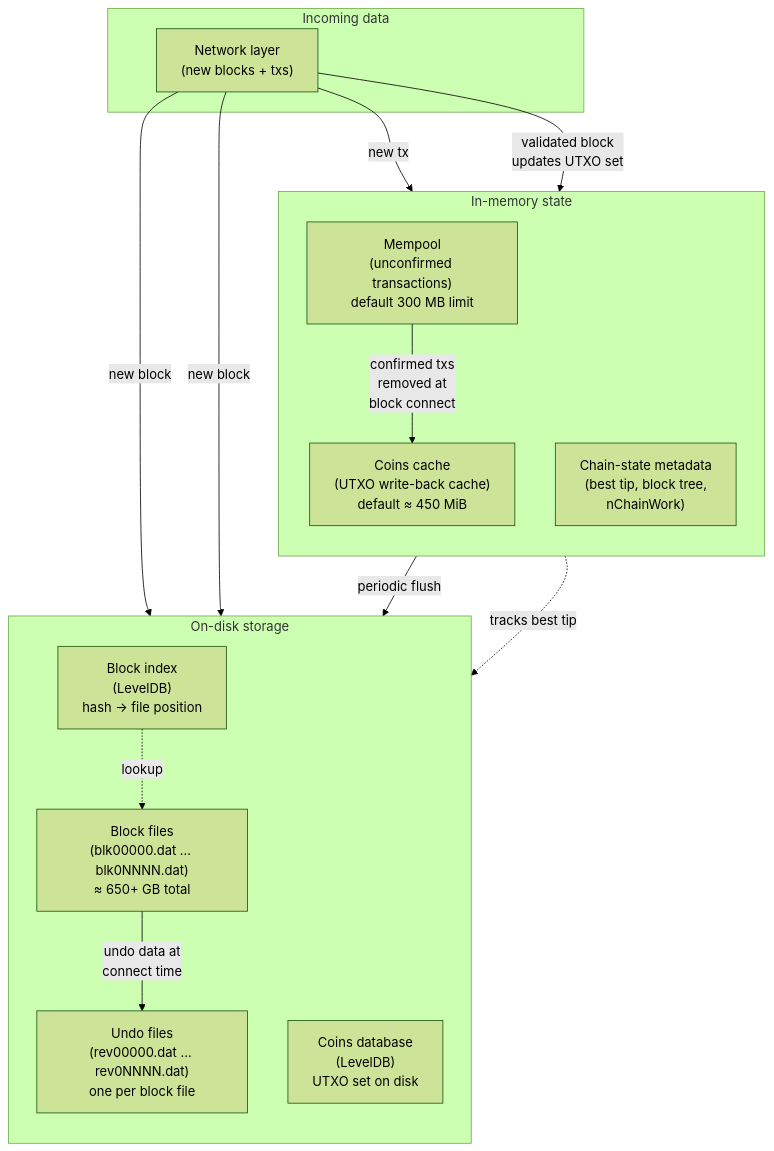
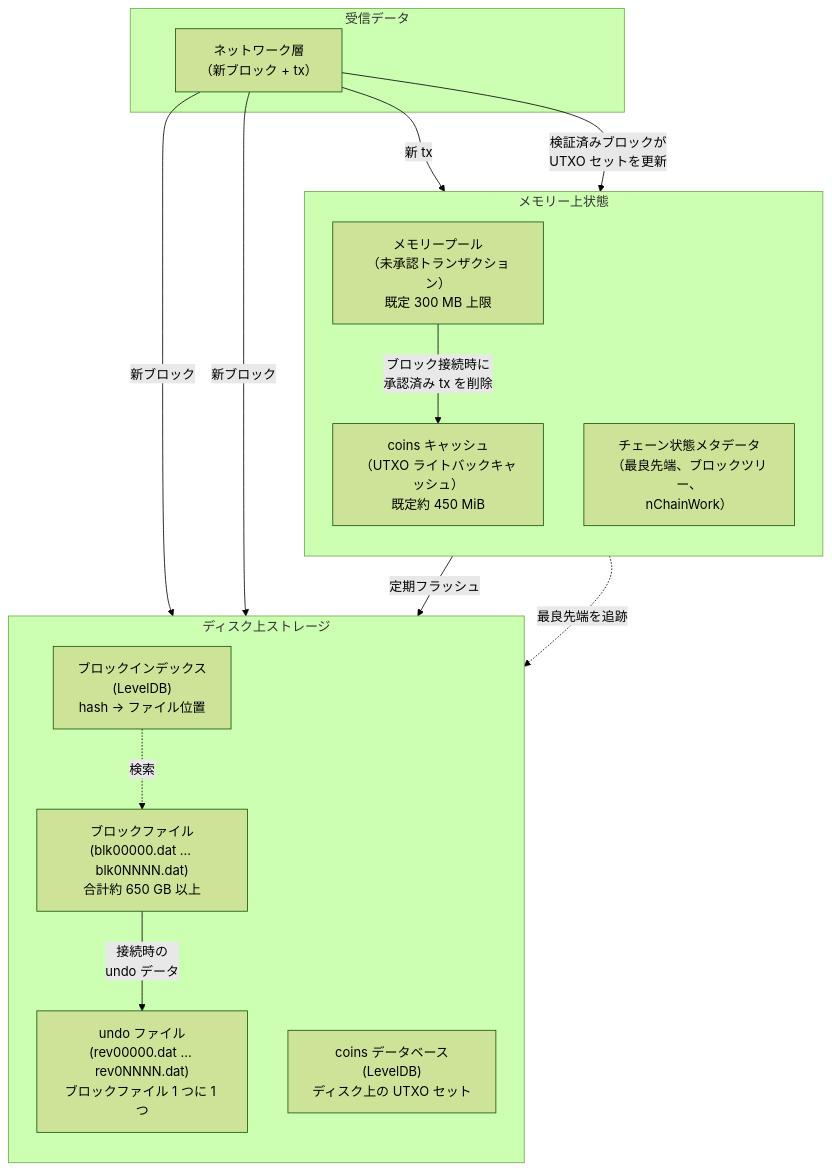
The first of 7 diagrams in src/data/translations/ja/design/2009-01-03-bitcoin-storage-design.md (cypher256/BitcoinArchive), drawn with Mermaid (forest theme) before and after one commit. The commit also changed other lines of this file and 11 other files, not shown here.

````diff
--- a/src/data/translations/ja/design/2009-01-03-bitcoin-storage-design.md
+++ b/src/data/translations/ja/design/2009-01-03-bitcoin-storage-design.md
@@ -52,31 +52,31 @@
 ```mermaid
 flowchart TB
-    subgraph DISK["On-disk storage"]
+    subgraph DISK["ディスク上ストレージ"]
         direction TB
-        BLK["Block files<br/>(blk00000.dat … blk0NNNN.dat)<br/>≈ 650+ GB total"]
-        REV["Undo files<br/>(rev00000.dat … rev0NNNN.dat)<br/>one per block file"]
-        COINS_DB["Coins database<br/>(LevelDB)<br/>UTXO set on disk"]
-        BLK_IDX["Block index<br/>(LevelDB)<br/>hash → file position"]
+        BLK["ブロックファイル<br/>(blk00000.dat … blk0NNNN.dat)<br/>合計約 650 GB 以上"]
+        REV["undo ファイル<br/>(rev00000.dat … rev0NNNN.dat)<br/>ブロックファイル 1 つに 1 つ"]
+        COINS_DB["coins データベース<br/>(LevelDB)<br/>ディスク上の UTXO セット"]
+        BLK_IDX["ブロックインデックス<br/>(LevelDB)<br/>hash → ファイル位置"]
     end
 
-    subgraph MEMORY["In-memory state"]
+    subgraph MEMORY["メモリー上状態"]
         direction TB
-        COINS_CACHE["Coins cache<br/>(UTXO write-back cache)<br/>default ≈ 450 MiB"]
-        MEMPOOL["Mempool<br/>(unconfirmed transactions)<br/>default 300 MB limit"]
-        CHAINSTATE["Chain-state metadata<br/>(best tip, block tree,<br/>nChainWork)"]
+        COINS_CACHE["coins キャッシュ<br/>（UTXO ライトバックキャッシュ）<br/>既定約 450 MiB"]
+        MEMPOOL["メモリープール<br/>（未承認トランザクション）<br/>既定 300 MB 上限"]
+        CHAINSTATE["チェーン状態メタデータ<br/>（最良先端、ブロックツリー、<br/>nChainWork）"]
     end
 
-    subgraph INPUT["Incoming data"]
-        NET["Network layer<br/>(new blocks + txs)"]
+    subgraph INPUT["受信データ"]
+        NET["ネットワーク層<br/>（新ブロック + tx）"]
     end
 
-    NET -- "new block" --> BLK
-    NET -- "new block" --> BLK_IDX
-    NET -- "new tx" --> MEMPOOL
-    BLK -- "undo data at<br/>connect time" --> REV
-    NET -- "validated block<br/>updates UTXO set" --> COINS_CACHE
-    COINS_CACHE -- "periodic flush" --> COINS_DB
-    MEMPOOL -- "confirmed txs<br/>removed at<br/>block connect" --> COINS_CACHE
-    BLK_IDX -. "lookup" .-> BLK
-    CHAINSTATE -. "tracks best tip" .-> BLK_IDX
+    NET -- "新ブロック" --> BLK
+    NET -- "新ブロック" --> BLK_IDX
+    NET -- "新 tx" --> MEMPOOL
+    BLK -- "接続時の<br/>undo データ" --> REV
+    NET -- "検証済みブロックが<br/>UTXO セットを更新" --> COINS_CACHE
+    COINS_CACHE -- "定期フラッシュ" --> COINS_DB
+    MEMPOOL -- "ブロック接続時に<br/>承認済み tx を削除" --> COINS_CACHE
+    BLK_IDX -. "検索" .-> BLK
+    CHAINSTATE -. "最良先端を追跡" .-> BLK_IDX
 ```
````
